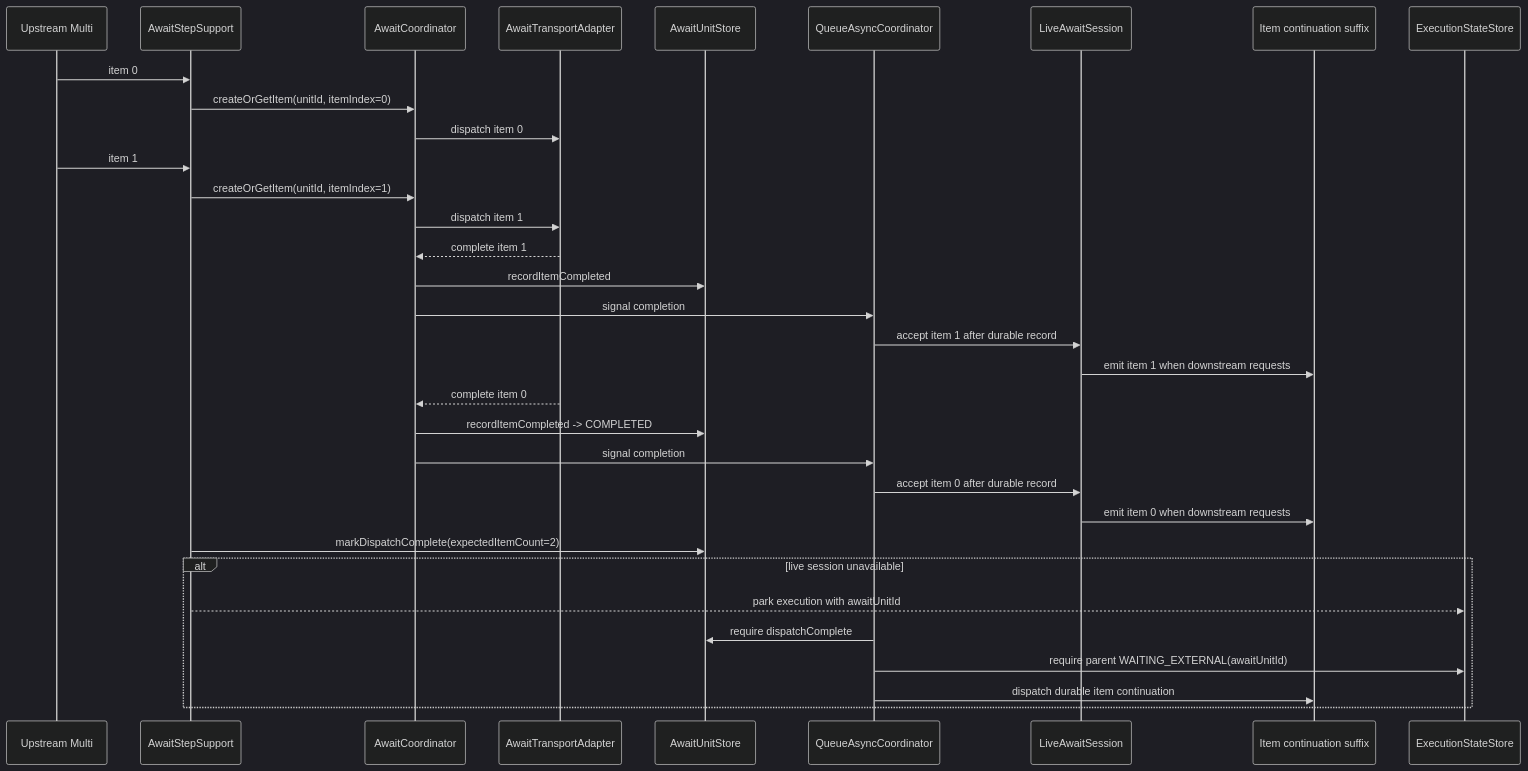
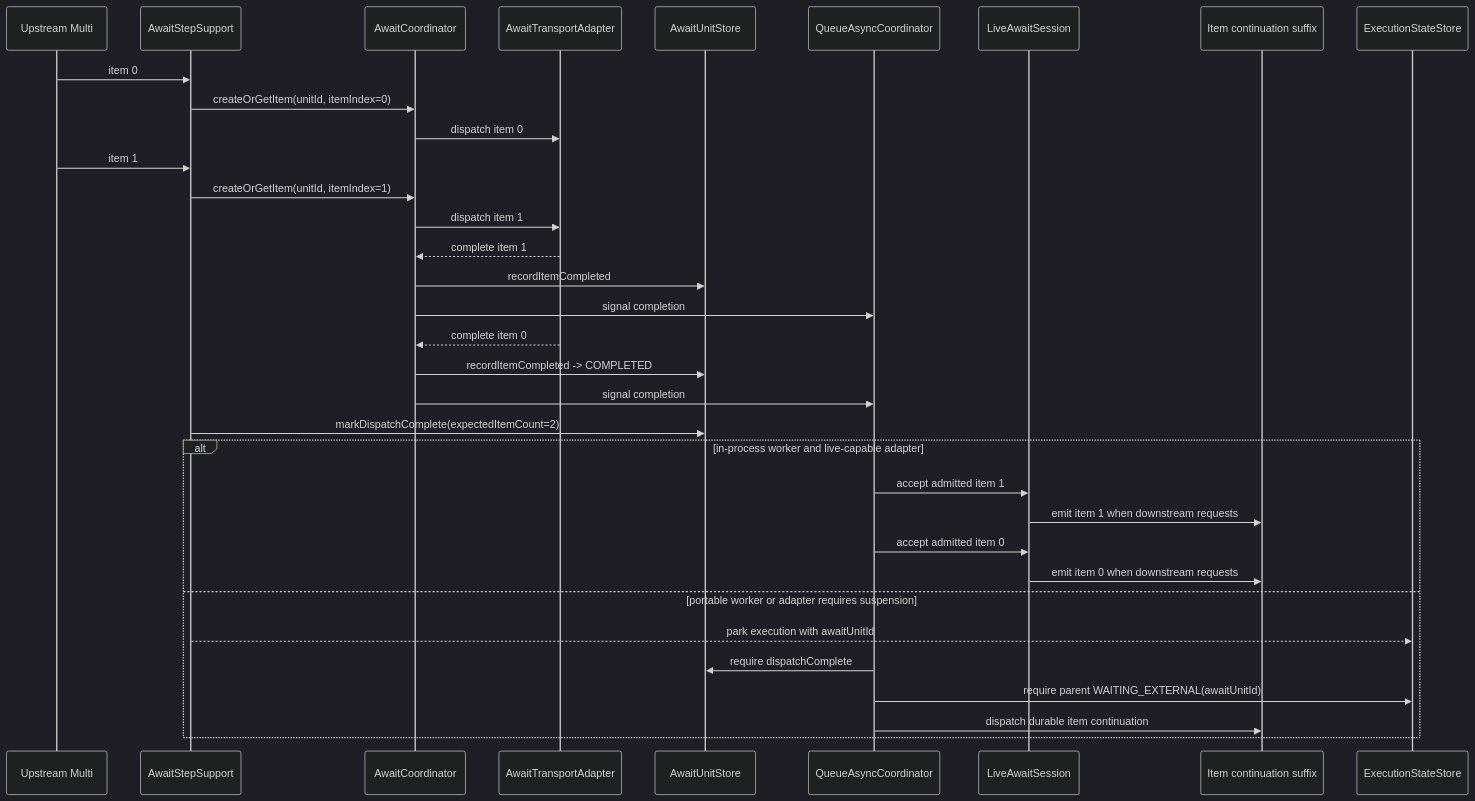
One commit to The-Pipeline-Framework/pipelineframework changed the second of 11 diagrams in docs/evolve/await-unit-runtime/sequences.md. Above: the diagram before and after it, drawn with Mermaid (dark theme). The commit also changed 3 other files, not shown here.

Commit message:
docs(await): align continuation diagrams with worker boundaries

````diff
--- a/docs/evolve/await-unit-runtime/sequences.md
+++ b/docs/evolve/await-unit-runtime/sequences.md
@@ -37,36 +37,37 @@
 ```mermaid
 sequenceDiagram
     participant Source as Upstream Multi
     participant Step as AwaitStepSupport
     participant Coord as AwaitCoordinator
     participant Adapter as AwaitTransportAdapter
     participant UnitStore as AwaitUnitStore
     participant Queue as QueueAsyncCoordinator
     participant Live as LiveAwaitSession
     participant Suffix as Item continuation suffix
     participant ExecStore as ExecutionStateStore
 
     Source->>Step: item 0
     Step->>Coord: createOrGetItem(unitId, itemIndex=0)
     Coord->>Adapter: dispatch item 0
     Source->>Step: item 1
     Step->>Coord: createOrGetItem(unitId, itemIndex=1)
     Coord->>Adapter: dispatch item 1
     Adapter-->>Coord: complete item 1
     Coord->>UnitStore: recordItemCompleted
     Coord->>Queue: signal completion
-    Queue->>Live: accept item 1 after durable record
-    Live->>Suffix: emit item 1 when downstream requests
     Adapter-->>Coord: complete item 0
     Coord->>UnitStore: recordItemCompleted -> COMPLETED
     Coord->>Queue: signal completion
-    Queue->>Live: accept item 0 after durable record
-    Live->>Suffix: emit item 0 when downstream requests
     Step->>UnitStore: markDispatchComplete(expectedItemCount=2)
-    alt live session unavailable
+    alt in-process worker and live-capable adapter
+      Queue->>Live: accept admitted item 1
+      Live->>Suffix: emit item 1 when downstream requests
+      Queue->>Live: accept admitted item 0
+      Live->>Suffix: emit item 0 when downstream requests
+    else portable worker or adapter requires suspension
       Step-->>ExecStore: park execution with awaitUnitId
       Queue->>UnitStore: require dispatchComplete
       Queue->>ExecStore: require parent WAITING_EXTERNAL(awaitUnitId)
       Queue->>Suffix: dispatch durable item continuation
     end
 ```
````
